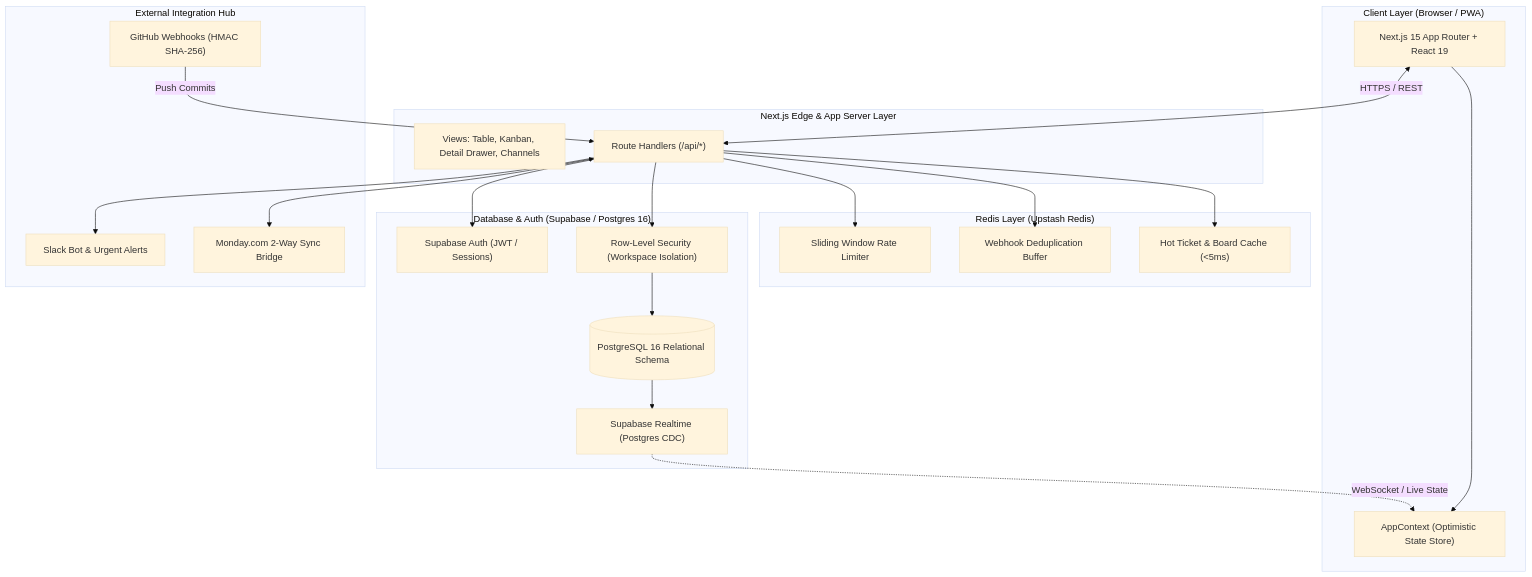
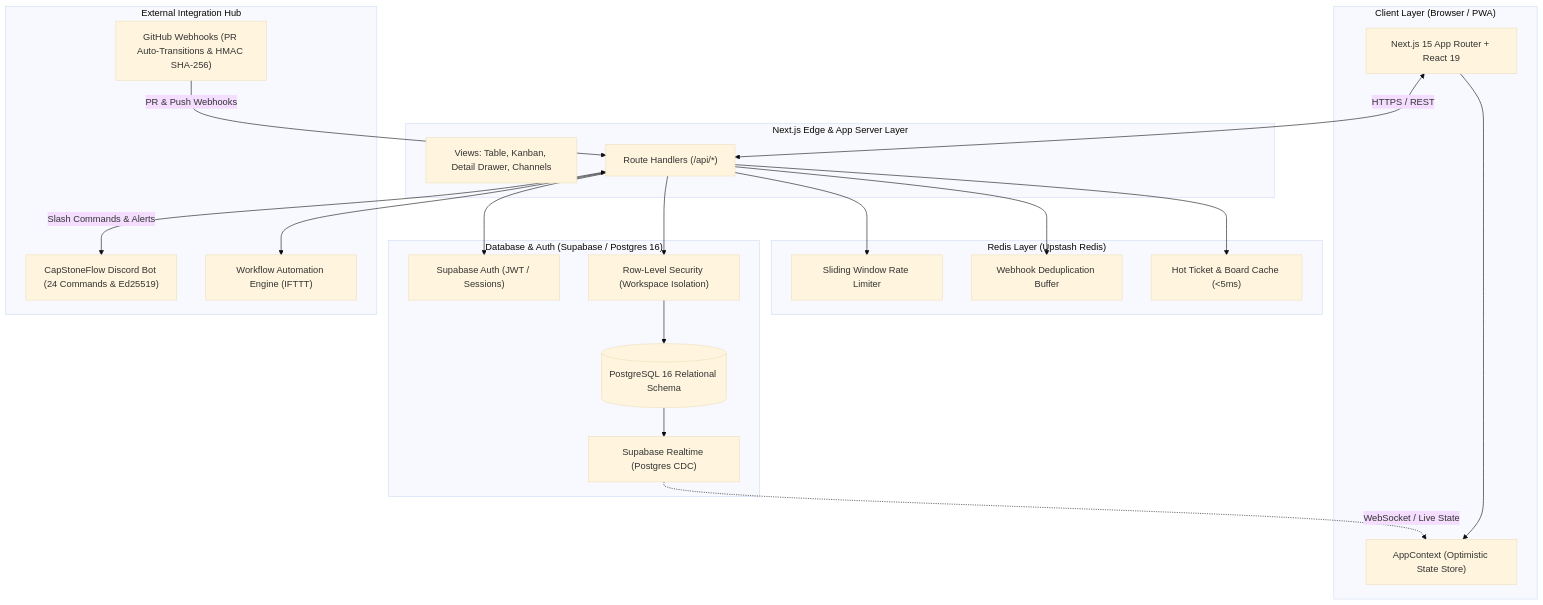
Before and after one commit to Realwaan/HappyTF: the diagram in SYSTEM_ARCHITECTURE.md, drawn with Mermaid (base theme). The commit also changed other lines of this file and 31 other files, not shown here.

Commit message:
feat(architecture): implement upscale phases 2-5 (hexagonal ports, presence 2.0, discord automations, offline PWA)

````diff
--- a/SYSTEM_ARCHITECTURE.md
+++ b/SYSTEM_ARCHITECTURE.md
@@ -17,45 +17,45 @@
 ```mermaid
 flowchart TD
     subgraph ClientLayer["Client Layer (Browser / PWA)"]
         UI["Next.js 15 App Router + React 19"]
         State["AppContext (Optimistic State Store)"]
         UI --> State
     end
 
     subgraph AppServer["Next.js Edge & App Server Layer"]
         Views["Views: Table, Kanban, Detail Drawer, Channels"]
         API["Route Handlers (/api/*)"]
         UI <-->|HTTPS / REST| API
     end
 
     subgraph CacheLayer["Redis Layer (Upstash Redis)"]
         RateLimit["Sliding Window Rate Limiter"]
         Idempotency["Webhook Deduplication Buffer"]
         QueryCache["Hot Ticket & Board Cache (<5ms)"]
     end
 
     subgraph DataLayer["Database & Auth (Supabase / Postgres 16)"]
         Auth["Supabase Auth (JWT / Sessions)"]
         RLS["Row-Level Security (Workspace Isolation)"]
         DB[(PostgreSQL 16 Relational Schema)]
         Realtime["Supabase Realtime (Postgres CDC)"]
         DB --> Realtime
     end
 
     subgraph Integrations["External Integration Hub"]
-        GitHub["GitHub Webhooks (HMAC SHA-256)"]
-        Slack["Slack Bot & Urgent Alerts"]
-        Monday["Monday.com 2-Way Sync Bridge"]
+        GitHub["GitHub Webhooks (PR Auto-Transitions & HMAC SHA-256)"]
+        Discord["CapStoneFlow Discord Bot (24 Commands & Ed25519)"]
+        Automation["Workflow Automation Engine (IFTTT)"]
     end
 
     API --> RateLimit
     API --> Idempotency
     API --> QueryCache
     API --> Auth
     API --> RLS
     RLS --> DB
     Realtime -.->|WebSocket / Live State| State
-    GitHub -->|Push Commits| API
-    API --> Slack
-    API <--> Monday
+    GitHub -->|PR & Push Webhooks| API
+    API <-->|Slash Commands & Alerts| Discord
+    API --> Automation
 ```
````
